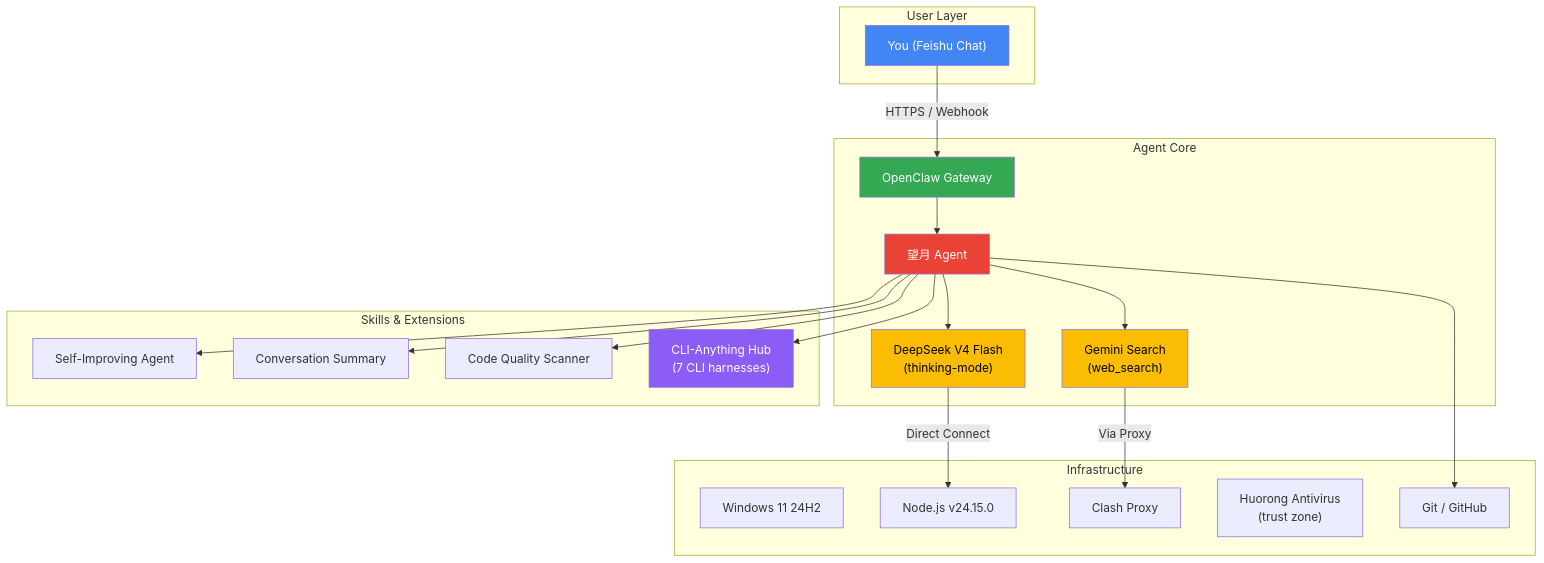
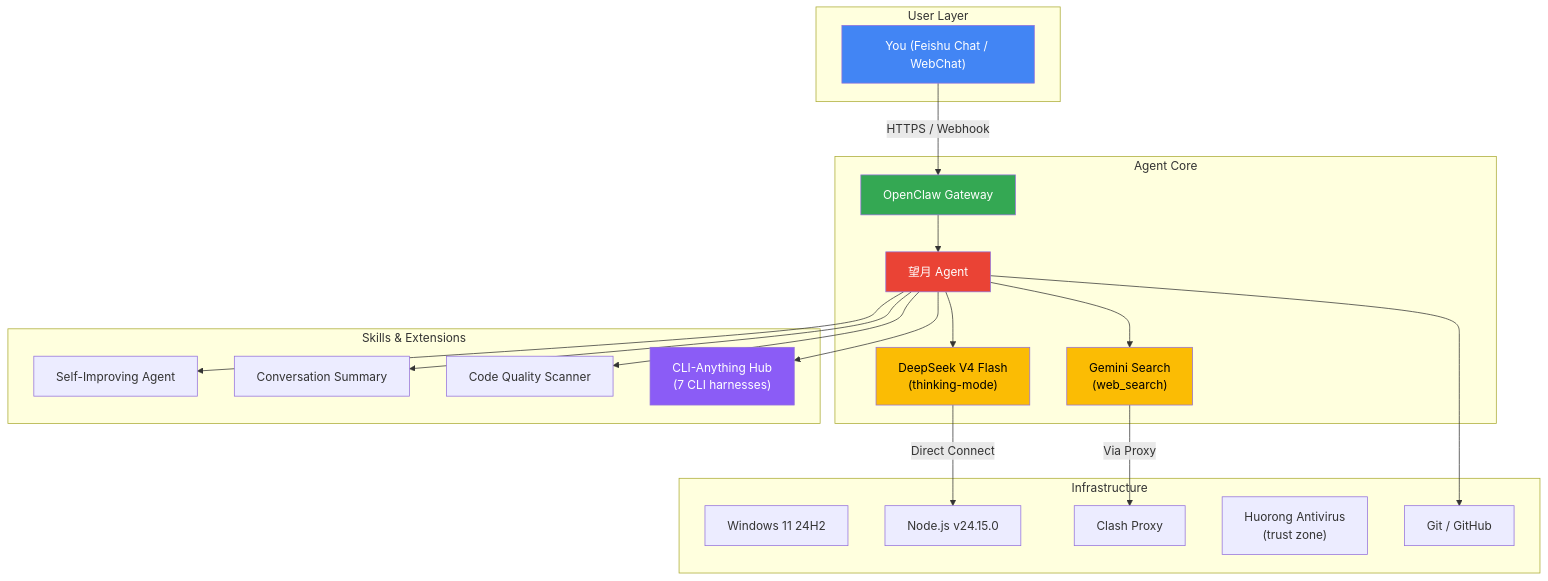
The diagram in README.md (KuuhhN/WangYue), drawn with Mermaid before and after one commit. The commit also changed other lines of this file and 1 other file, not shown here.

````diff
--- a/README.md
+++ b/README.md
@@ -15,47 +105,47 @@
 ```mermaid
 graph TD
     subgraph User["User Layer"]
-        A["You (Feishu Chat)"]
+        A["You (Feishu Chat / WebChat)"]
     end
 
     subgraph Agent["Agent Core"]
         B["OpenClaw Gateway"]
         C["望月 Agent"]
         D["DeepSeek V4 Flash<br/>(thinking-mode)"]
         E["Gemini Search<br/>(web_search)"]
     end
 
     subgraph Skills["Skills & Extensions"]
         F["Self-Improving Agent"]
         G["Conversation Summary"]
         H["Code Quality Scanner"]
         I["CLI-Anything Hub<br/>(7 CLI harnesses)"]
     end
 
     subgraph Infra["Infrastructure"]
         J["Windows 11 24H2"]
         K["Node.js v24.15.0"]
         L["Clash Proxy"]
         M["Huorong Antivirus<br/>(trust zone)"]
         N["Git / GitHub"]
     end
 
     A -->|"HTTPS / Webhook"| B
     B --> C
     C --> D
     C --> E
     C --> F
     C --> G
     C --> H
     C --> I
     C --> N
     D -->|"Direct Connect"| K
     E -->|"Via Proxy"| L
 
     style A fill:#4285f4,color:#fff
     style B fill:#34a853,color:#fff
     style C fill:#ea4335,color:#fff
     style D fill:#fbbc04,color:#000
     style E fill:#fbbc04,color:#000
     style I fill:#8b5cf6,color:#fff
 ```
````
